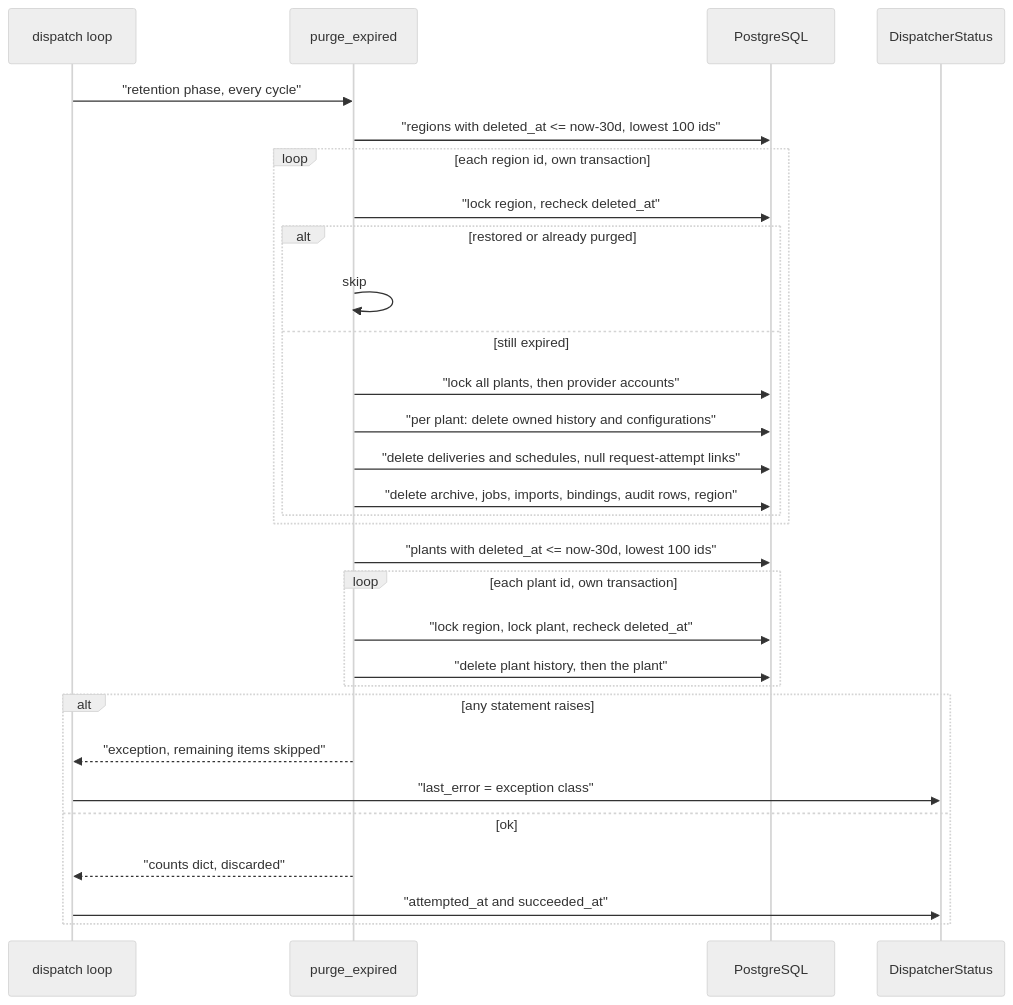
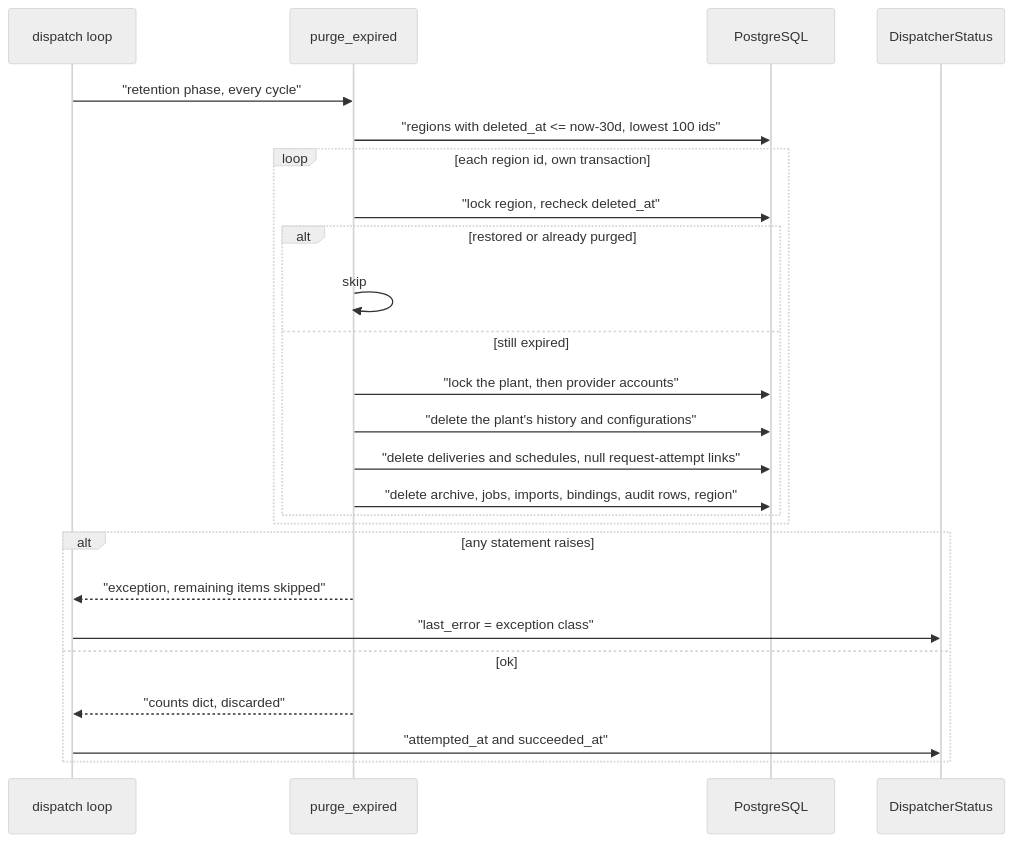
The diagram in docs/flows/trash-retention-purge.md (erkurtharun/pyracast), drawn with Mermaid (neutral theme) before and after one commit. The commit also changed other lines of this file and 326 other files, not shown here.

First line of the commit message:
Reset the schema baseline, remove legacy shapes and derive stored vocabularies (#32)

````diff
--- a/docs/flows/trash-retention-purge.md
+++ b/docs/flows/trash-retention-purge.md
@@ -14,32 +14,27 @@
 ```mermaid
 sequenceDiagram
     participant C as dispatch loop
     participant P as purge_expired
     participant D as PostgreSQL
     participant M as DispatcherStatus
     C->>P: "retention phase, every cycle"
     P->>D: "regions with deleted_at <= now-30d, lowest 100 ids"
     loop each region id, own transaction
         P->>D: "lock region, recheck deleted_at"
         alt restored or already purged
             P->>P: skip
         else still expired
-            P->>D: "lock all plants, then provider accounts"
-            P->>D: "per plant: delete owned history and configurations"
+            P->>D: "lock the plant, then provider accounts"
+            P->>D: "delete the plant's history and configurations"
             P->>D: "delete deliveries and schedules, null request-attempt links"
             P->>D: "delete archive, jobs, imports, bindings, audit rows, region"
         end
-    end
-    P->>D: "plants with deleted_at <= now-30d, lowest 100 ids"
-    loop each plant id, own transaction
-        P->>D: "lock region, lock plant, recheck deleted_at"
-        P->>D: "delete plant history, then the plant"
     end
     alt any statement raises
         P-->>C: "exception, remaining items skipped"
         C->>M: "last_error = exception class"
     else ok
         P-->>C: "counts dict, discarded"
         C->>M: "attempted_at and succeeded_at"
     end
 ```
````
